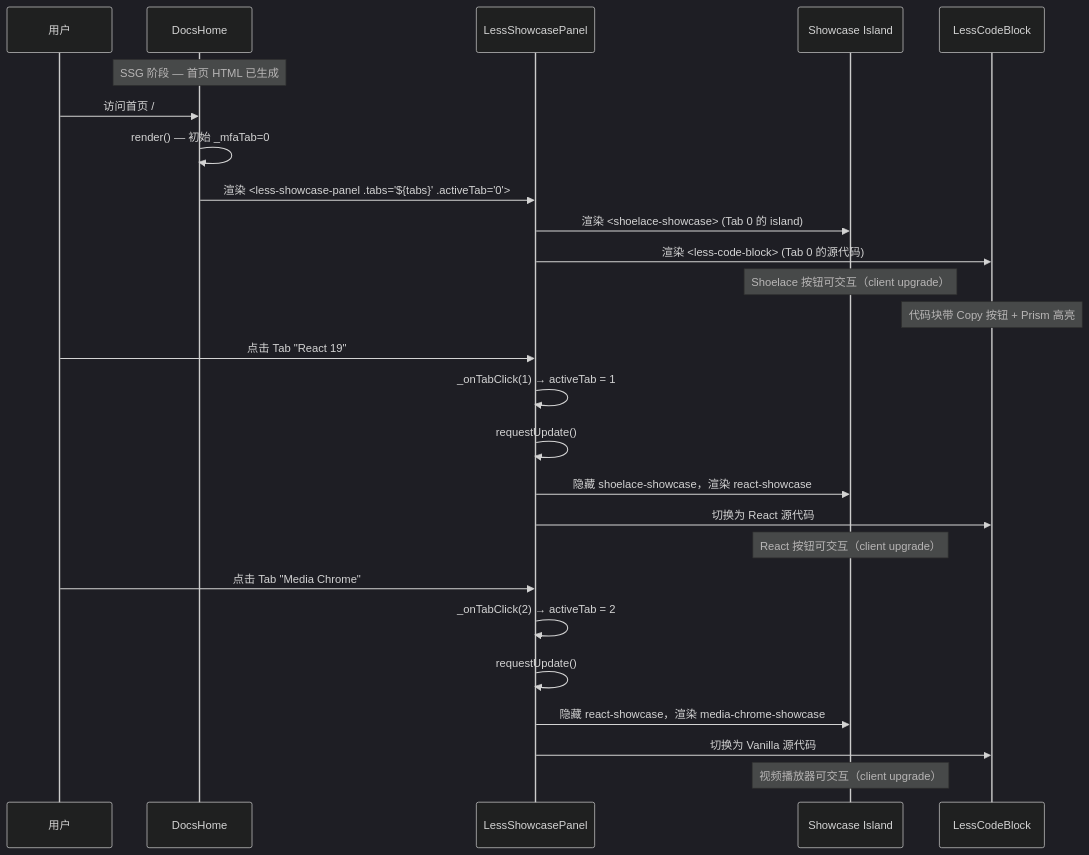
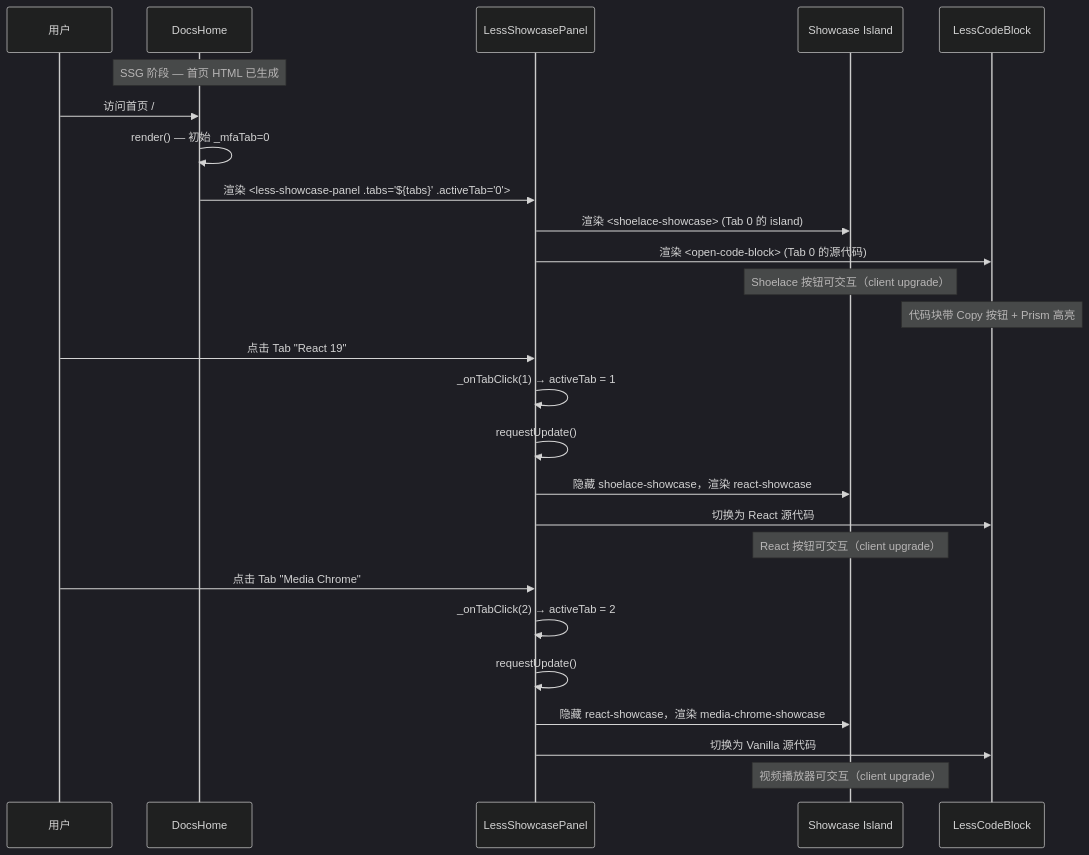
The second of 4 diagrams in docs/conversation/www-redesign/www-redesign-architecture.md (lessjs-run/lessjs), drawn with Mermaid (dark theme) before and after one commit. The commit also changed other lines of this file and 703 other files, not shown here.

````diff
--- a/docs/conversation/www-redesign/www-redesign-architecture.md
+++ b/docs/conversation/www-redesign/www-redesign-architecture.md
@@ -291,32 +291,32 @@
 ```mermaid
 sequenceDiagram
     participant U as 用户
     participant DH as DocsHome
     participant SP as LessShowcasePanel
     participant SC as Showcase Island
     participant CB as LessCodeBlock
 
     Note over DH: SSG 阶段 — 首页 HTML 已生成
 
     U->>DH: 访问首页 /
     DH->>DH: render() — 初始 _mfaTab=0
     DH->>SP: 渲染 <less-showcase-panel .tabs="${tabs}" .activeTab="0">
     SP->>SC: 渲染 <shoelace-showcase> (Tab 0 的 island)
-    SP->>CB: 渲染 <less-code-block> (Tab 0 的源代码)
+    SP->>CB: 渲染 <open-code-block> (Tab 0 的源代码)
     Note over SC: Shoelace 按钮可交互（client upgrade）
     Note over CB: 代码块带 Copy 按钮 + Prism 高亮
 
     U->>SP: 点击 Tab "React 19"
     SP->>SP: _onTabClick(1) → activeTab = 1
     SP->>SP: requestUpdate()
     SP->>SC: 隐藏 shoelace-showcase，渲染 react-showcase
     SP->>CB: 切换为 React 源代码
     Note over SC: React 按钮可交互（client upgrade）
 
     U->>SP: 点击 Tab "Media Chrome"
     SP->>SP: _onTabClick(2) → activeTab = 2
     SP->>SP: requestUpdate()
     SP->>SC: 隐藏 react-showcase，渲染 media-chrome-showcase
     SP->>CB: 切换为 Vanilla 源代码
     Note over SC: 视频播放器可交互（client upgrade）
 ```
````
